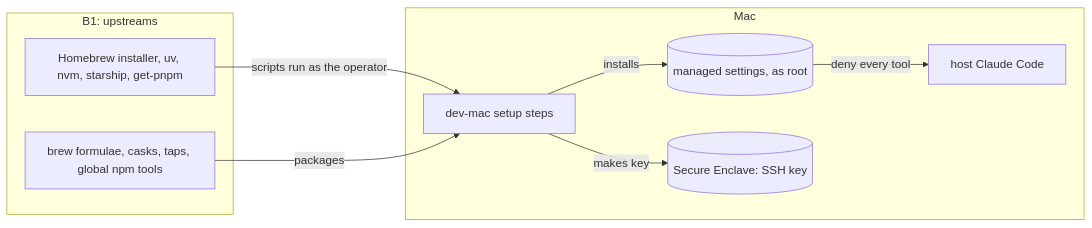
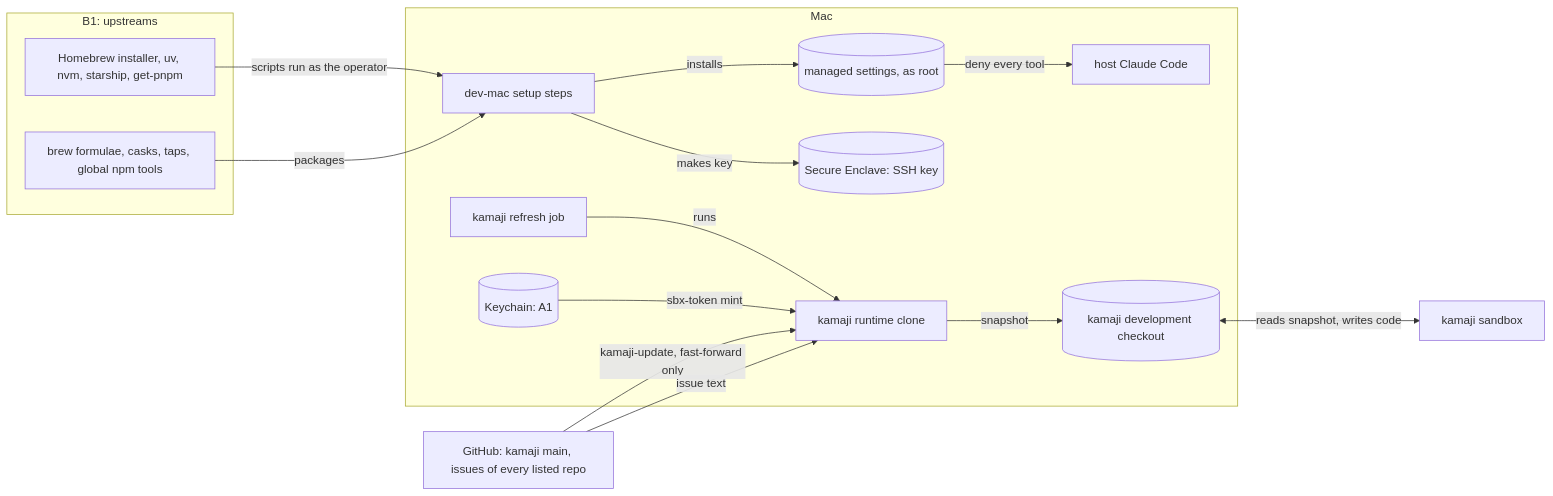
Before and after one commit to domtriola/dotfiles: the diagram in docs/threat-model/profile-dev-mac.md, drawn with Mermaid. The commit also changed other lines of this file and 9 other files, not shown here.

First line of the commit message:
Run kamaji on the host only from a reviewed runtime clone

````diff
--- a/docs/threat-model/profile-dev-mac.md
+++ b/docs/threat-model/profile-dev-mac.md
@@ -50,19 +58,31 @@
 ```mermaid
 flowchart LR
   subgraph Internet["B1: upstreams"]
     installers[Homebrew installer, uv, nvm, starship, get-pnpm]
     pkgs[brew formulae, casks, taps, global npm tools]
   end
   subgraph Mac["Mac"]
     setup[dev-mac setup steps]
     managed[(managed settings, as root)]
     claude[host Claude Code]
     se[(Secure Enclave: SSH key)]
+    runtime[kamaji runtime clone]
+    job[kamaji refresh job]
+    keychain[(Keychain: A1)]
+    devco[(kamaji development checkout)]
   end
+  github[GitHub: kamaji main, issues of every listed repo]
+  sandbox[kamaji sandbox]
 
   installers -- scripts run as the operator --> setup
   pkgs -- packages --> setup
   setup -- installs --> managed
   managed -- deny every tool --> claude
   setup -- makes key --> se
+  github -- kamaji-update, fast-forward only --> runtime
+  job -- runs --> runtime
+  keychain -- sbx-token mint --> runtime
+  github -- issue text --> runtime
+  runtime -- snapshot --> devco
+  devco <-- reads snapshot, writes code --> sandbox
 ```
````
